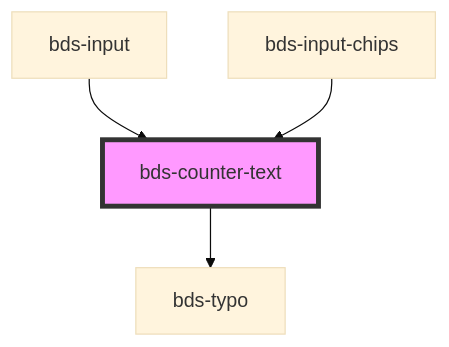
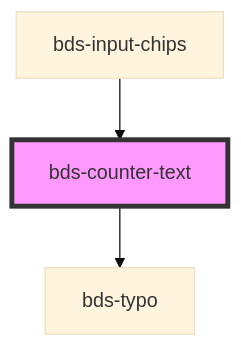
Before and after one commit to takenet/blip-ds: the diagram in src/components/counter-text/readme.md, drawn with Mermaid (base theme). The commit also changed other lines of this file and 6 other files, not shown here.

````diff
--- a/src/components/counter-text/readme.md
+++ b/src/components/counter-text/readme.md
@@ -31,7 +30,6 @@
 ```mermaid
 graph TD;
   bds-counter-text --> bds-typo
-  bds-input --> bds-counter-text
   bds-input-chips --> bds-counter-text
   style bds-counter-text fill:#f9f,stroke:#333,stroke-width:4px
 ```
````
